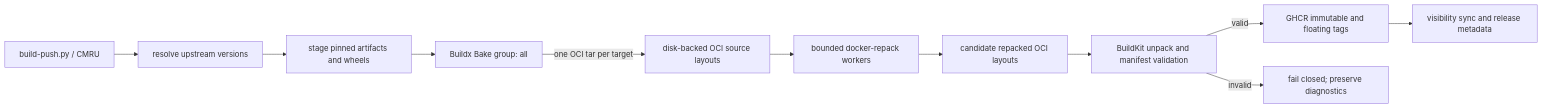
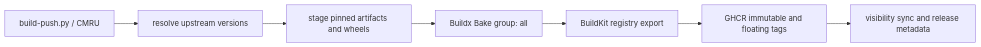
The first of 2 diagrams in modern-debian-tools-python-debug/docs/BUILD-ARCHITECTURE.md (volkb79-2/vbpub), drawn with Mermaid before and after one commit. The commit also changed other lines of this file and 7 other files, not shown here.

Commit message:
fix(mdt): fail closed on malformed repack output

````diff
--- a/modern-debian-tools-python-debug/docs/BUILD-ARCHITECTURE.md
+++ b/modern-debian-tools-python-debug/docs/BUILD-ARCHITECTURE.md
@@ -16,13 +15,9 @@
 ```mermaid
 flowchart LR
     A[build-push.py / CMRU] --> B[resolve upstream versions]
     B --> C[stage pinned artifacts and wheels]
     C --> D[Buildx Bake group: all]
-    D -->|one OCI tar per target| E[disk-backed OCI source layouts]
-    E --> F[bounded docker-repack workers]
-    F --> G[candidate repacked OCI layouts]
-    G --> V[BuildKit unpack and manifest validation]
-    V -->|valid| H[GHCR immutable and floating tags]
-    V -->|invalid| X[fail closed; preserve diagnostics]
+    D --> E[BuildKit registry export]
+    E --> H[GHCR immutable and floating tags]
     H --> I[visibility sync and release metadata]
 ```
````
